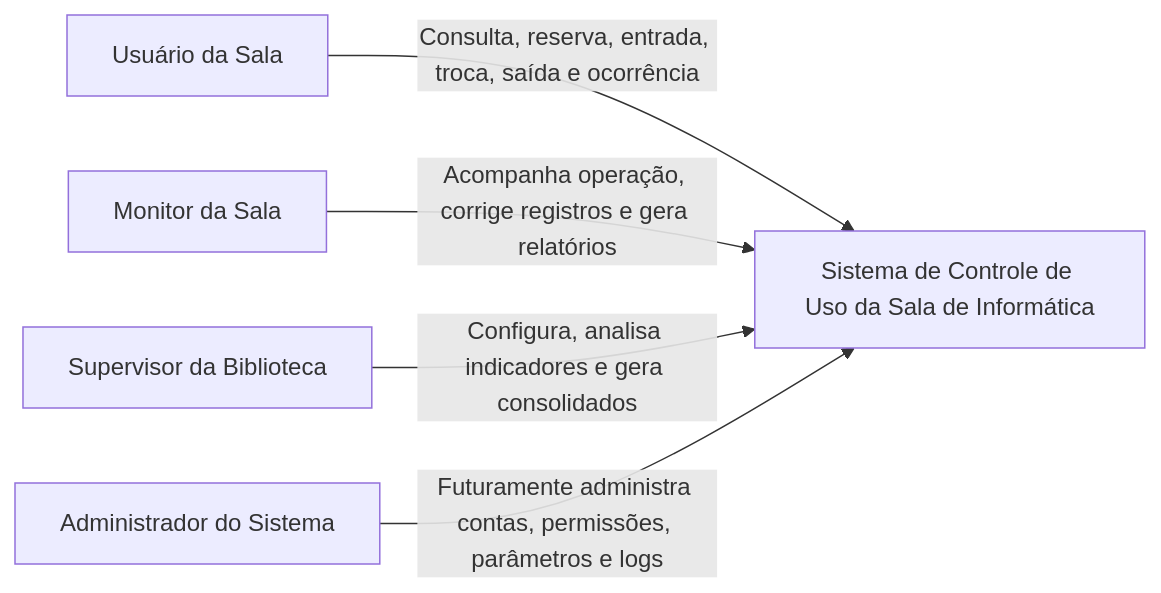
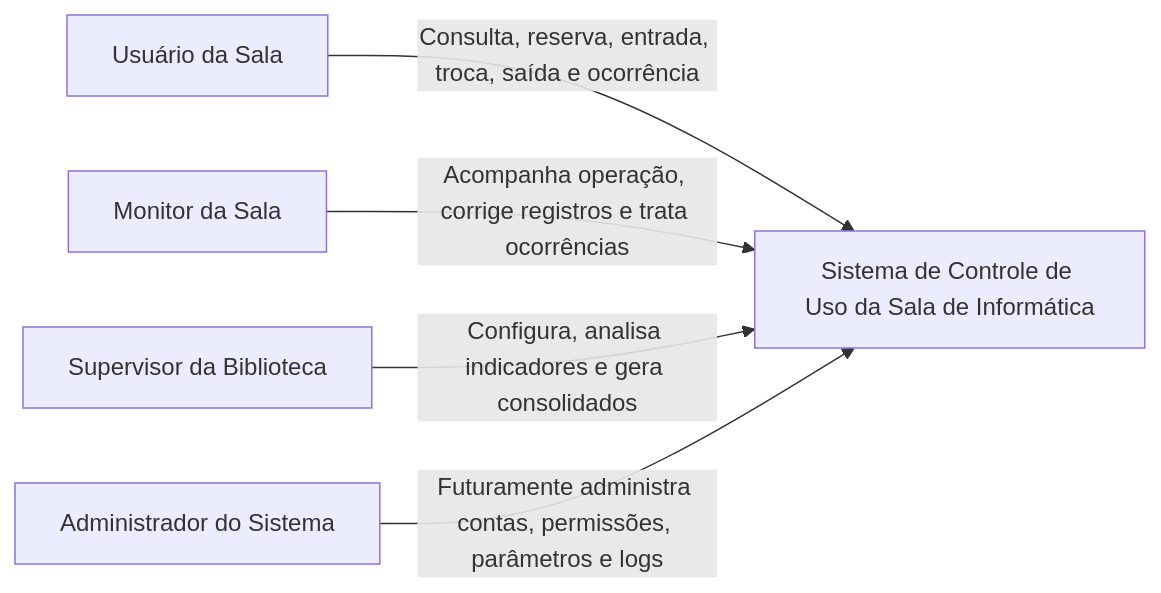
Before and after one commit to MarcosVini753/estagio: the diagram in docs/architecture/diagrams/c4-context.md, drawn with Mermaid. The commit also changed 7 other files, not shown here.

````diff
--- a/docs/architecture/diagrams/c4-context.md
+++ b/docs/architecture/diagrams/c4-context.md
@@ -3,13 +3,13 @@
 ```mermaid
 flowchart LR
     roomUser[Usuário da Sala]
     intern[Monitor da Sala]
     supervisor[Supervisor da Biblioteca]
     admin[Administrador do Sistema]
     system[Sistema de Controle de Uso da Sala de Informática]
 
     roomUser -->|Consulta, reserva, entrada, troca, saída e ocorrência| system
-    intern -->|Acompanha operação, corrige registros e gera relatórios| system
+    intern -->|Acompanha operação, corrige registros e trata ocorrências| system
     supervisor -->|Configura, analisa indicadores e gera consolidados| system
     admin -->|Futuramente administra contas, permissões, parâmetros e logs| system
 ```
````
